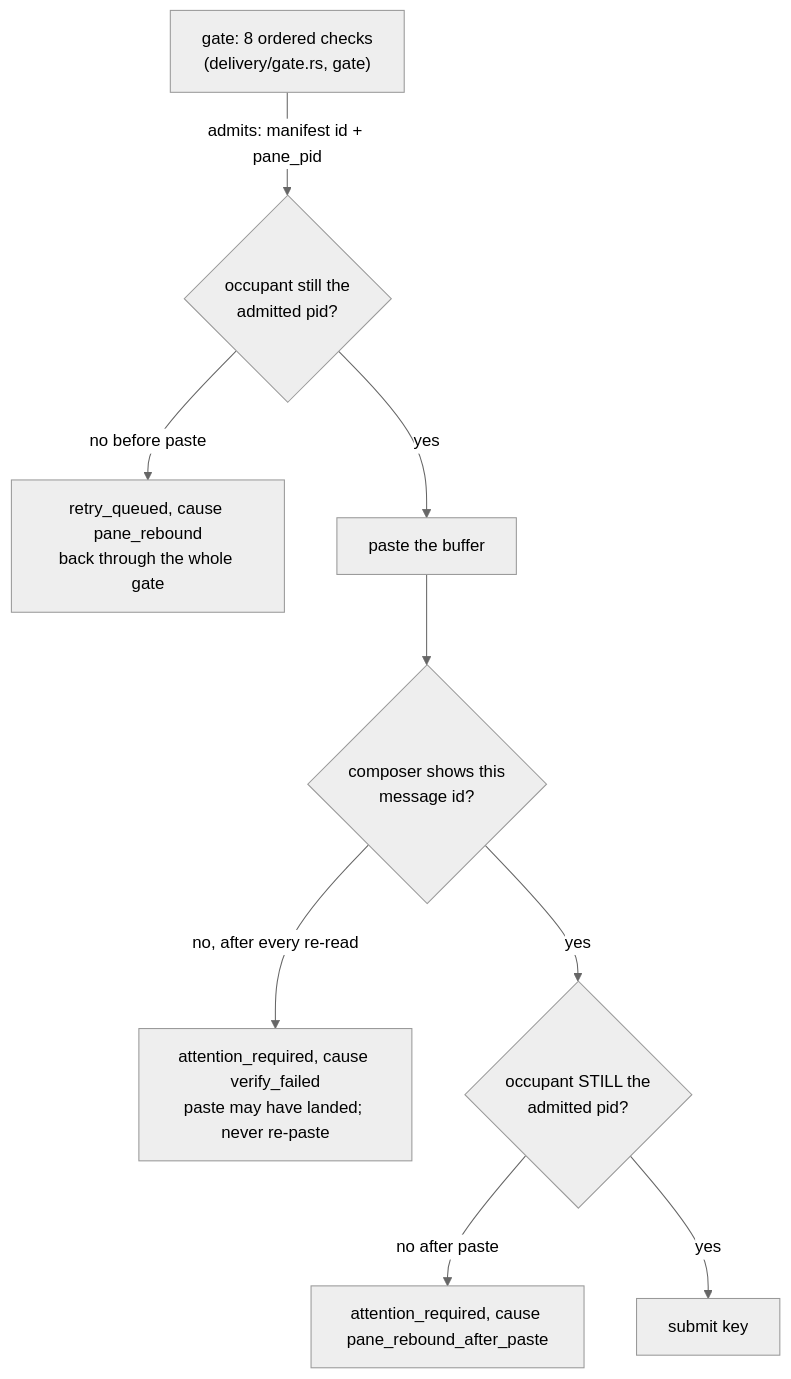
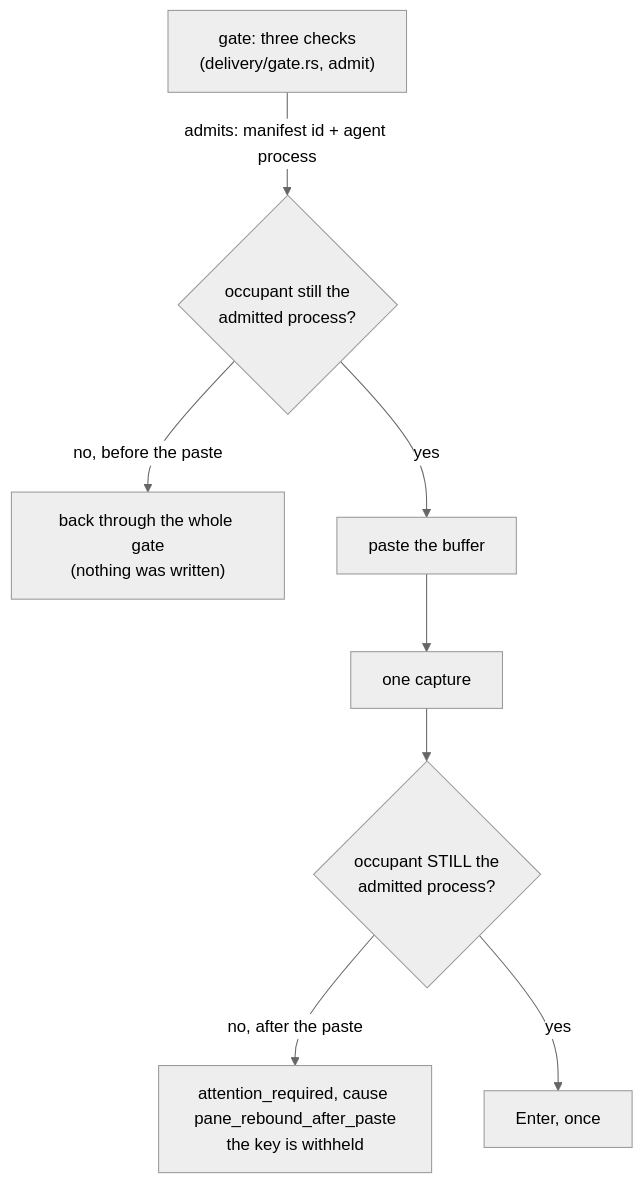
The diagram in docs/development/INVARIANTS.md (cyclops-team/cyclops), drawn with Mermaid (neutral theme) before and after one commit. The commit also changed other lines of this file and 35 other files, not shown here.

````diff
--- a/docs/development/INVARIANTS.md
+++ b/docs/development/INVARIANTS.md
@@ -42,11 +40,10 @@
 ```mermaid
 flowchart TD
-    g["gate: 8 ordered checks<br/>(delivery/gate.rs, gate)"] -->|"admits: manifest id + pane_pid"| r1{"occupant still the<br/>admitted pid?"}
-    r1 -->|"no before paste"| retry["retry_queued, cause pane_rebound<br/>back through the whole gate"]
+    g["gate: three checks<br/>(delivery/gate.rs, admit)"] -->|"admits: manifest id + agent process"| r1{"occupant still the<br/>admitted process?"}
+    r1 -->|"no, before the paste"| regate["back through the whole gate<br/>(nothing was written)"]
     r1 -->|yes| paste["paste the buffer"]
-    paste --> v{"composer shows this<br/>message id?"}
-    v -->|"no, after every re-read"| attention["attention_required, cause verify_failed<br/>paste may have landed; never re-paste"]
-    v -->|yes| r2{"occupant STILL the<br/>admitted pid?"}
-    r2 -->|"no after paste"| attention2["attention_required, cause pane_rebound_after_paste"]
-    r2 -->|yes| enter["submit key"]
+    paste --> cap["one capture"]
+    cap --> r2{"occupant STILL the<br/>admitted process?"}
+    r2 -->|"no, after the paste"| attention["attention_required, cause pane_rebound_after_paste<br/>the key is withheld"]
+    r2 -->|yes| enter["Enter, once"]
 ```
````
